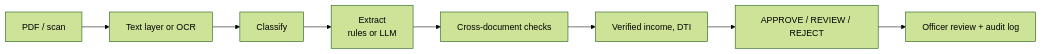
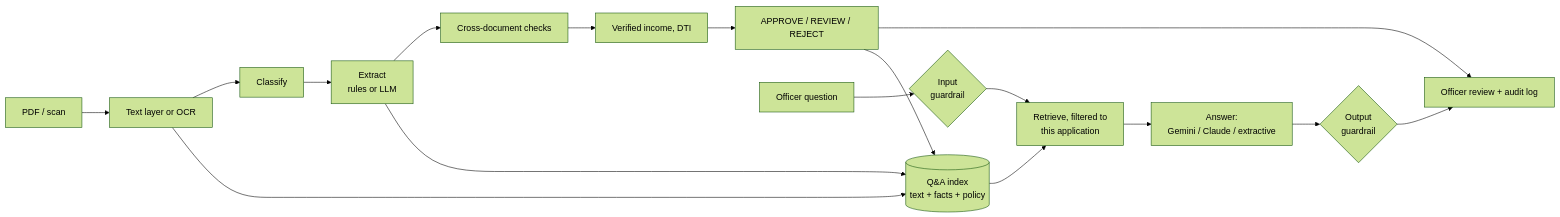
Before and after one commit to k-Abhigna/LoanLens-AI: the diagram in README.md, drawn with Mermaid (forest theme). The commit also changed other lines of this file and 22 other files, not shown here.

````diff
--- a/README.md
+++ b/README.md
@@ -34,6 +42,11 @@
 ```mermaid
 flowchart LR
     A[PDF / scan] --> B[Text layer or OCR] --> C[Classify] --> D[Extract<br/>rules or LLM]
     D --> E[Cross-document checks] --> F[Verified income, DTI] --> G[APPROVE / REVIEW / REJECT]
     G --> H[Officer review + audit log]
+    B --> I[(Q&A index<br/>text + facts + policy)]
+    D --> I
+    G --> I
+    Q[Officer question] --> IG{Input<br/>guardrail} --> R[Retrieve, filtered to<br/>this application] --> L[Answer:<br/>Gemini / Claude / extractive] --> OG{Output<br/>guardrail} --> H
+    I --> R
 ```
````
